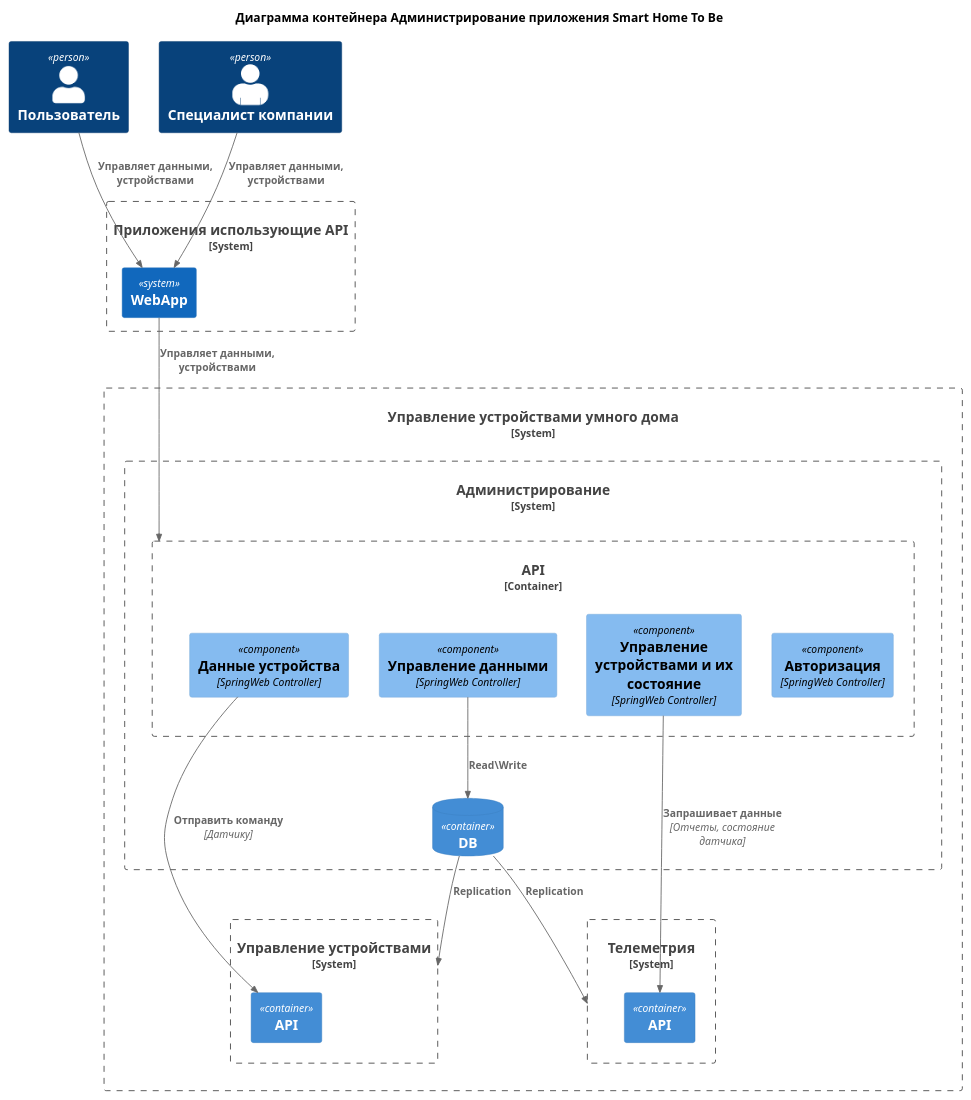
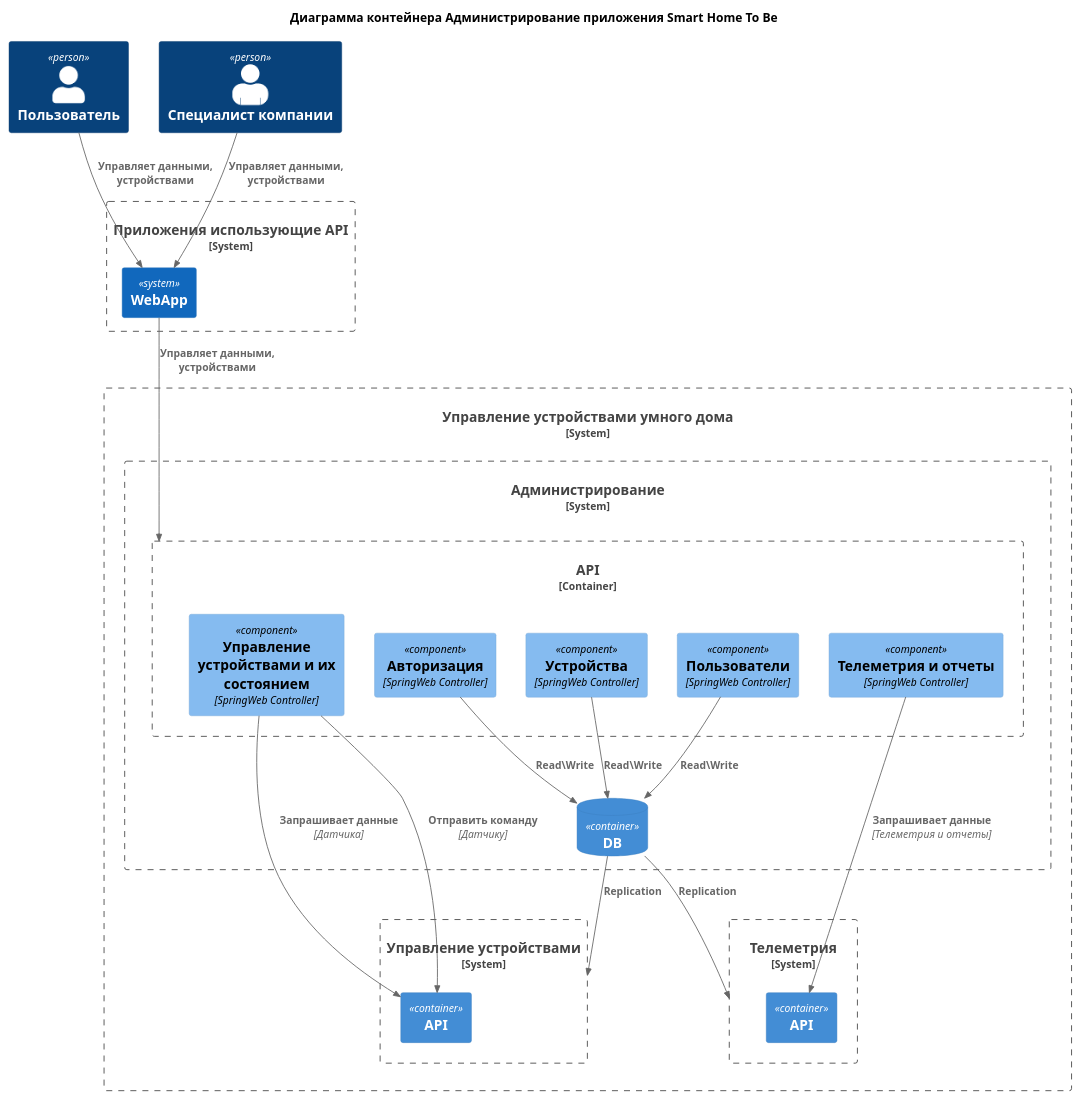
One commit to bezdelnique/ydnx-arch-sprint1 changed the diagram in docs/To Be Component Administration.puml. Above: the diagram before and after it, drawn with PlantUML. The commit also changed 4 other files, not shown here.

Commit message:
To Be C4 diagrams

```diff
--- a/docs/To Be Component Administration.puml
+++ b/docs/To Be Component Administration.puml
@@ -1,48 +1,52 @@
 @startuml
 title "Диаграмма контейнера Администрирование приложения Smart Home To Be"
 
 top to bottom direction
 
 !include C4/C4_Component.puml
 
 Person(User, "Пользователь")
 Person(Specialist, "Специалист компании", "", person2)
 
 System_Boundary(SmartHomeApp, "Приложения использующие API") {
     System(WebApp, "WebApp")
 }
 
 System_Boundary(Domain, "Управление устройствами умного дома") {
     System_Boundary("Administration", "Администрирование") {
         Container_Boundary(AdministrationApi, "API"){
             Component("AuthController", "Авторизация", "SpringWeb Controller")
-            Component("AdminPanelController", "Управление данными", "SpringWeb Controller")
-            Component("ManageDeviceController", "Управление устройствами и их состояние", "SpringWeb Controller")
-            Component("TelemetryController", "Данные устройства", "SpringWeb Controller")
+            Component("DeviceController", "Устройства", "SpringWeb Controller")
+            Component("UserController", "Пользователи", "SpringWeb Controller")
+            Component("ManageDeviceController", "Управление устройствами и их состоянием", "SpringWeb Controller")
+            Component("TelemetryController", "Телеметрия и отчеты", "SpringWeb Controller")
         }
         ContainerDb(AdministrationDb, "DB")
     }
 
     System_Boundary(SubdomainManageDevice, "Управление устройствами") {
         Container(ManageDeviceApi, "API")
     }
 
     System_Boundary(SubdomainTelemetry, "Телеметрия") {
         Container(TelemetryApi, "API")
     }
 
 }
 
-Rel(AdminPanelController, AdministrationDb, "Read\Write")
+Rel(AuthController, AdministrationDb, "Read\Write")
+Rel(DeviceController, AdministrationDb, "Read\Write")
+Rel(UserController, AdministrationDb, "Read\Write")
 Rel(AdministrationDb, SubdomainManageDevice, "Replication")
 Rel(AdministrationDb, SubdomainTelemetry, "Replication")
 
-Rel(ManageDeviceController, TelemetryApi, "Запрашивает данные", "Отчеты, состояние датчика")
-Rel(TelemetryController, ManageDeviceApi, "Отправить команду", "Датчику")
+Rel(TelemetryController, TelemetryApi, "Запрашивает данные", "Телеметрия и отчеты")
+Rel(ManageDeviceController, ManageDeviceApi, "Запрашивает данные", "Датчика")
+Rel(ManageDeviceController, ManageDeviceApi, "Отправить команду", "Датчику")
 
 Rel(Specialist, WebApp, "Управляет данными, устройствами")
 Rel(User, WebApp, "Управляет данными, устройствами")
 Rel(WebApp, AdministrationApi, "Управляет данными, устройствами")
 
 
 @enduml
```
